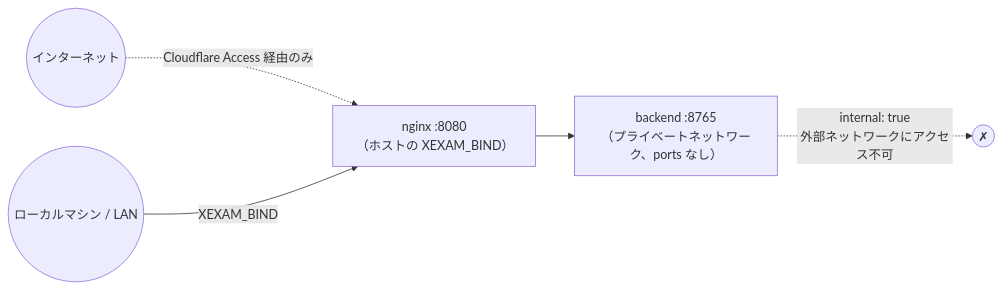
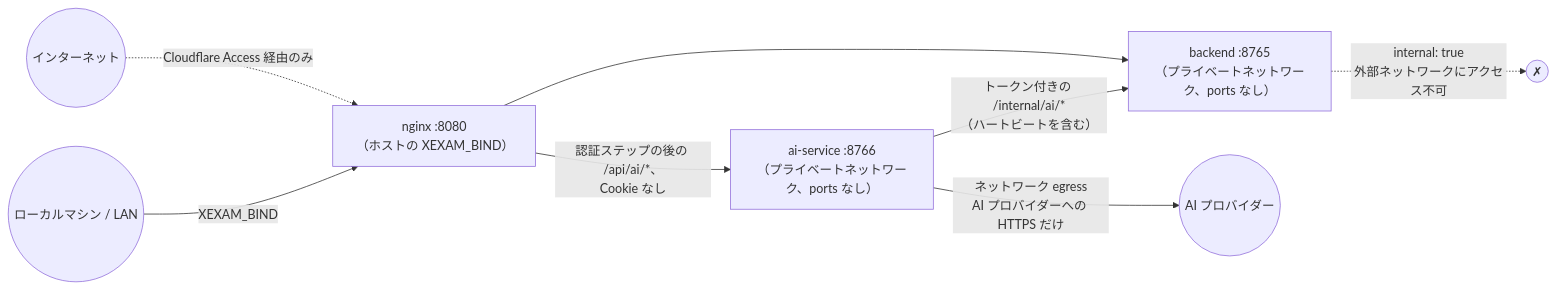
Before and after one commit to Yumin-Space/xexam: the diagram in docs/ja/security.md, drawn with Mermaid. The commit also changed other lines of this file and 233 other files, not shown here.

````diff
--- a/docs/ja/security.md
+++ b/docs/ja/security.md
@@ -26,7 +29,10 @@
 ```mermaid
 flowchart LR
     I(("インターネット")) -.->|"Cloudflare Access 経由のみ"| N["nginx :8080<br/>（ホストの XEXAM_BIND）"]
     L(("ローカルマシン / LAN")) -->|"XEXAM_BIND"| N
     N --> B["backend :8765<br/>（プライベートネットワーク、ports なし）"]
+    N -->|"認証ステップの後の /api/ai/*、<br/>Cookie なし"| A["ai-service :8766<br/>（プライベートネットワーク、ports なし）"]
+    A -->|"トークン付きの /internal/ai/*<br/>（ハートビートを含む）"| B
     B -. "internal: true<br/>外部ネットワークにアクセス不可" .-> X(("✗"))
+    A -->|"ネットワーク egress<br/>AI プロバイダーへの HTTPS だけ"| P(("AI プロバイダー"))
 ```
````
